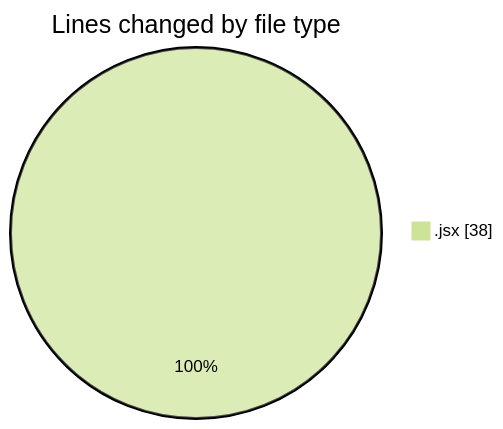
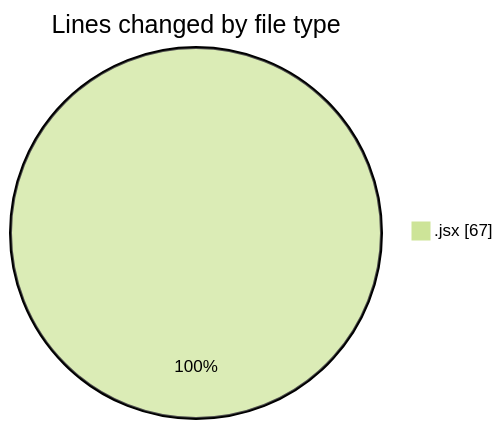
The first of 2 diagrams in 2025-02-05/react_ecom/README.md (Elitesun/code-tracking), drawn with Mermaid (forest theme) before and after one commit. The commit also changed other lines of this file and 1 other file, not shown here.

````diff
--- a/2025-02-05/react_ecom/README.md
+++ b/2025-02-05/react_ecom/README.md
@@ -22,5 +23,5 @@
 ```mermaid
 pie showData
 title Lines changed by file type
-".jsx" : 38
+".jsx" : 67
 ```
````
